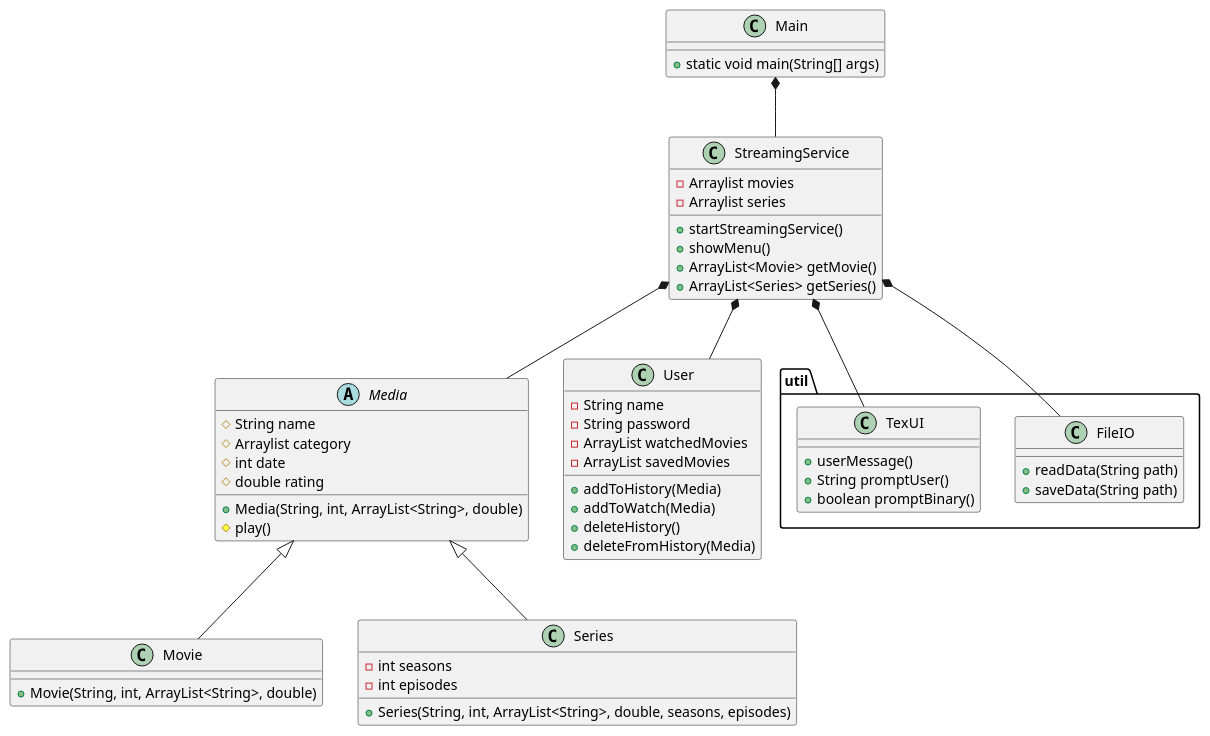
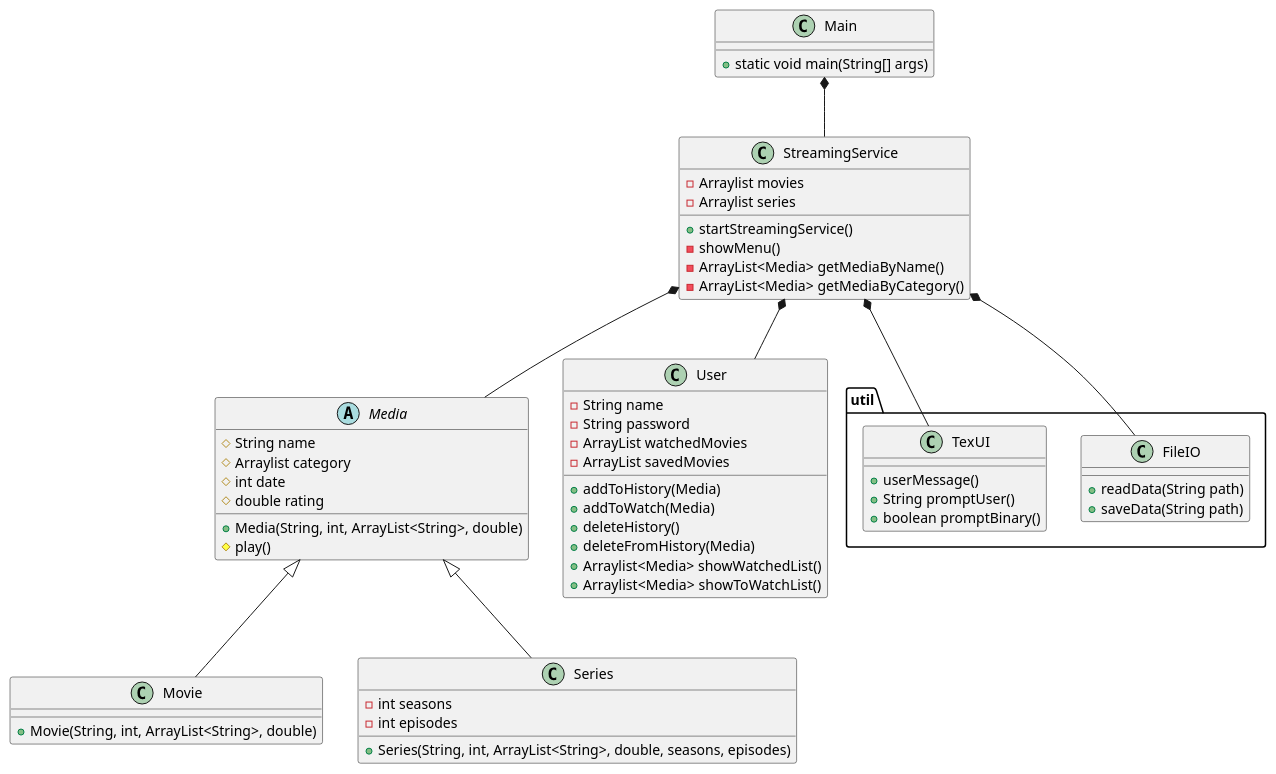
The diagram in doc/static/classDiagram.puml (Studiegruppe-B/SP3-Streamingtjeneste), drawn with PlantUML before and after one commit.

Commit message:
class diagram update

```diff
--- a/doc/static/classDiagram.puml
+++ b/doc/static/classDiagram.puml
@@ -1,70 +1,72 @@
 @startuml
 class Main{
 + static void main(String[] args)
 
 }
 
 class StreamingService{
 - Arraylist movies
 - Arraylist series
 + startStreamingService()
-+ showMenu()
-+ ArrayList<Movie> getMovie()
-+ ArrayList<Series> getSeries()
+- showMenu()
+- ArrayList<Media> getMediaByName()
+- ArrayList<Media> getMediaByCategory()
 }
 
 
 
 
 abstract class Media{
 # String name
 # Arraylist category
 # int date
 # double rating
 + Media(String, int, ArrayList<String>, double)
 # play()
 }
 
 class Movie{
 + Movie(String, int, ArrayList<String>, double)
 }
 
 class Series{
 + Series(String, int, ArrayList<String>, double, seasons, episodes)
 - int seasons
 - int episodes
 }
 
 class User{
 - String name
 - String password
 - ArrayList watchedMovies
 - ArrayList savedMovies
 + addToHistory(Media)
 + addToWatch(Media)
 + deleteHistory()
 + deleteFromHistory(Media)
++ Arraylist<Media> showWatchedList()
++ Arraylist<Media> showToWatchList()
 }
 
 package "util"{
 static class FileIO{
 + readData(String path)
 + saveData(String path)
 }
 
 static class TexUI{
 + userMessage()
 + String promptUser()
 + boolean promptBinary()
 
 }
 }
 
 Main *-- StreamingService
 StreamingService *-- Media
 StreamingService *-- FileIO
 StreamingService *-- TexUI
 StreamingService *-- User
 Media <|-- Movie
 Media <|-- Series
 @enduml
```
